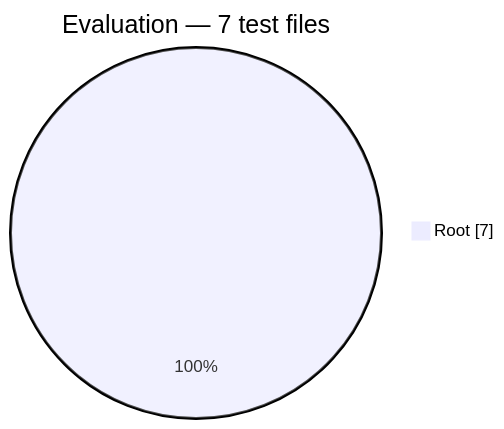
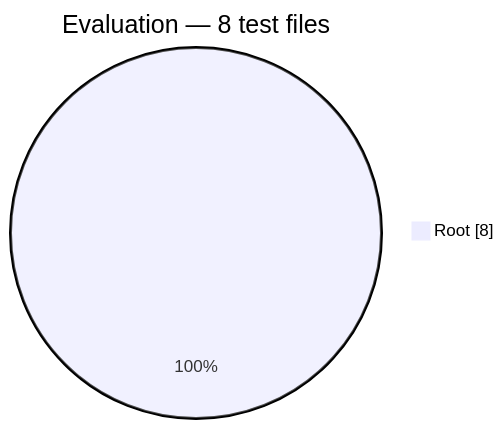
Before and after one commit to Mohammed-Alama/php-arazzo: the third of 12 diagrams in docs/generated/test-composition.md, drawn with Mermaid. The commit also changed other lines of this file and 17 other files, not shown here.

````diff
--- a/docs/generated/test-composition.md
+++ b/docs/generated/test-composition.md
@@ -42,5 +42,5 @@
 ```mermaid
 pie showData
-    title Evaluation — 7 test files
-    "Root": 7
+    title Evaluation — 8 test files
+    "Root": 8
 ```
````
